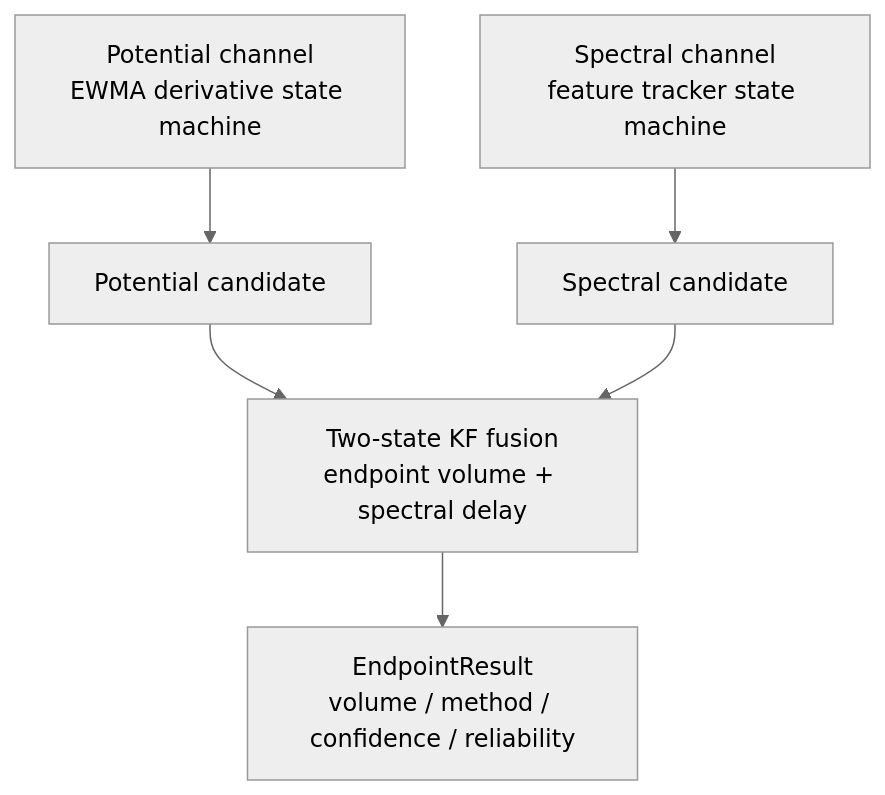
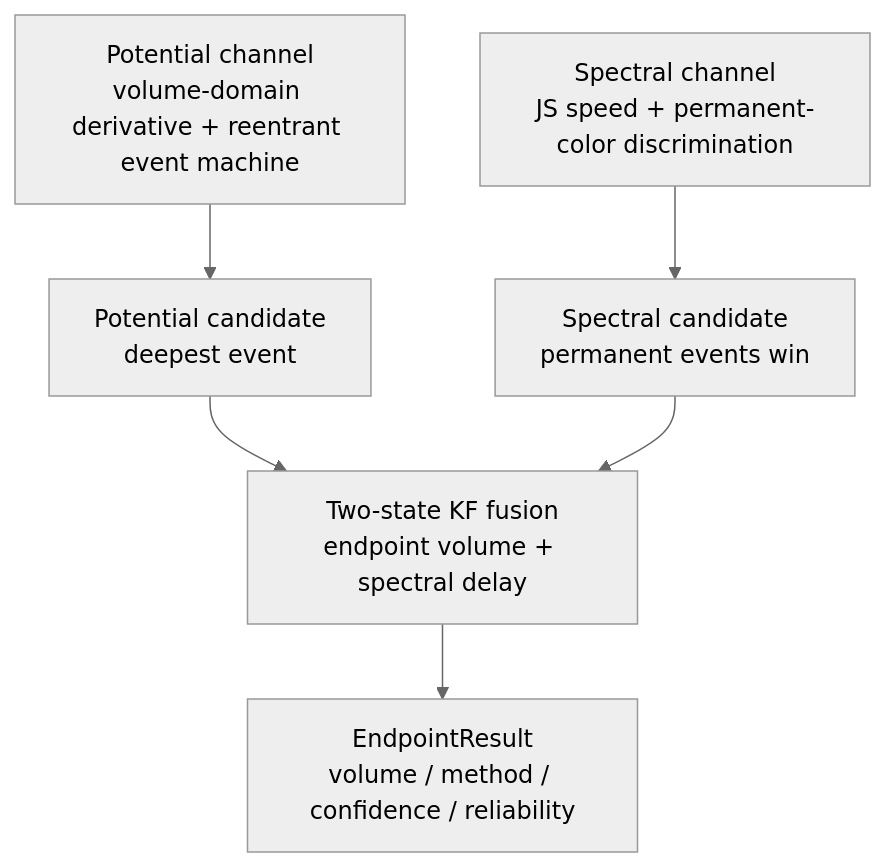
The diagram in docs/algorithm-report_EN.md (ZhiYi-R/AutoTitrator-Free), drawn with Mermaid (neutral theme) before and after one commit. The commit also changed other lines of this file and 1 other file, not shown here.

````diff
--- a/docs/algorithm-report_EN.md
+++ b/docs/algorithm-report_EN.md
@@ -15,8 +13,8 @@
 ```mermaid
 flowchart TD
-    A[Potential channel<br/>EWMA derivative state machine] --> C[Potential candidate]
-    B[Spectral channel<br/>feature tracker state machine] --> D[Spectral candidate]
+    A[Potential channel<br/>volume-domain derivative + reentrant event machine] --> C[Potential candidate<br/>deepest event]
+    B[Spectral channel<br/>JS speed + permanent-color discrimination] --> D[Spectral candidate<br/>permanent events win]
     C --> E[Two-state KF fusion<br/>endpoint volume + spectral delay]
     D --> E
     E --> F[EndpointResult<br/>volume / method / confidence / reliability]
 ```
````
